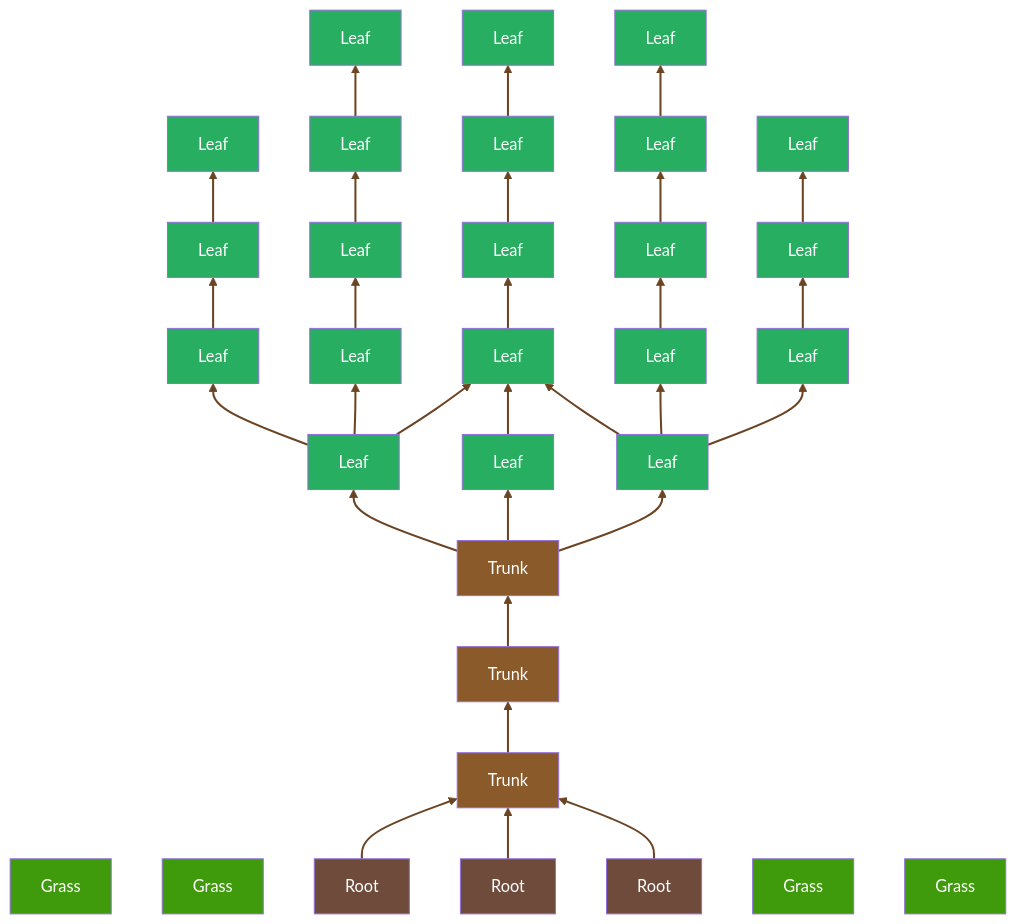
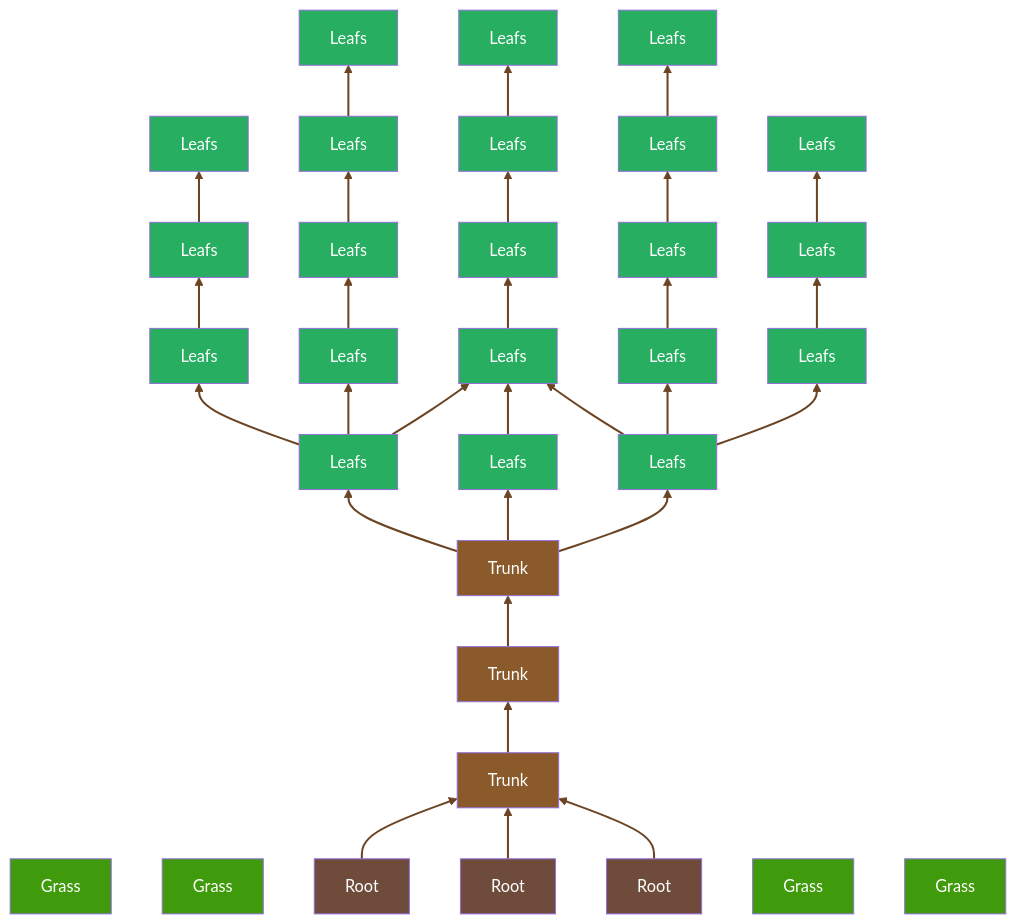
The diagram in README.md (LucaVmu/LucaVmu), drawn with Mermaid before and after one commit. The commit also changed other lines of this file, not shown here.

````diff
--- a/README.md
+++ b/README.md
@@ -23,69 +26,69 @@
 ```mermaid
 flowchart BT
     G1["Grass"]:::grass
     G2["Grass"]:::grass
 
     R1["Root"]:::root
     R2["Root"]:::root
     R3["Root"]:::root
 
     G3["Grass"]:::grass
     G4["Grass"]:::grass
 
     T1["Trunk"]:::trunk
     T2["Trunk"]:::trunk
     T3["Trunk"]:::trunk
 
-    L01["Leaf"]:::leaf
-    L02["Leaf"]:::leaf
-    L03["Leaf"]:::leaf
-    L11["Leaf"]:::leaf
-    L12["Leaf"]:::leaf
-    L13["Leaf"]:::leaf
-    L14["Leaf"]:::leaf
-    L15["Leaf"]:::leaf
-    L21["Leaf"]:::leaf
-    L22["Leaf"]:::leaf
-    L23["Leaf"]:::leaf
-    L24["Leaf"]:::leaf
-    L25["Leaf"]:::leaf
-    L31["Leaf"]:::leaf
-    L32["Leaf"]:::leaf
-    L33["Leaf"]:::leaf
-    L34["Leaf"]:::leaf
-    L35["Leaf"]:::leaf
-    L41["Leaf"]:::leaf
-    L42["Leaf"]:::leaf
-    L43["Leaf"]:::leaf
+    L01["Leafs"]:::leafs
+    L02["Leafs"]:::leafs
+    L03["Leafs"]:::leafs
+    L11["Leafs"]:::leafs
+    L12["Leafs"]:::leafs
+    L13["Leafs"]:::leafs
+    L14["Leafs"]:::leafs
+    L15["Leafs"]:::leafs
+    L21["Leafs"]:::leafs
+    L22["Leafs"]:::leafs
+    L23["Leafs"]:::leafs
+    L24["Leafs"]:::leafs
+    L25["Leafs"]:::leafs
+    L31["Leafs"]:::leafs
+    L32["Leafs"]:::leafs
+    L33["Leafs"]:::leafs
+    L34["Leafs"]:::leafs
+    L35["Leafs"]:::leafs
+    L41["Leafs"]:::leafs
+    L42["Leafs"]:::leafs
+    L43["Leafs"]:::leafs
 
     R1 --> T1
     R2 --> T1
     R3 --> T1
 
     T1 --> T2 --> T3
 
     T3 --> L01
     T3 --> L02
     T3 --> L03
 
     L01 --> L11
     L01 --> L12
     L01 --> L13
     L02 --> L13
     L03 --> L13
     L03 --> L14
     L03 --> L15
 
     L11 --> L21 --> L31
     L12 --> L22 --> L32 --> L41
     L13 --> L23 --> L33 --> L42
     L14 --> L24 --> L34 --> L43
     L15 --> L25 --> L35
 
     classDef grass fill:#3f9b0b,color:#fff;
     classDef root fill:#6e4b3a,color:#fff;
     classDef trunk fill:#8b5a2b,color:#fff;
-    classDef leaf fill:#27ae60,color:#fff;
+    classDef leafs fill:#27ae60,color:#fff;
 
     linkStyle default stroke:#6b4423,stroke-width:2px;
 ```
````
